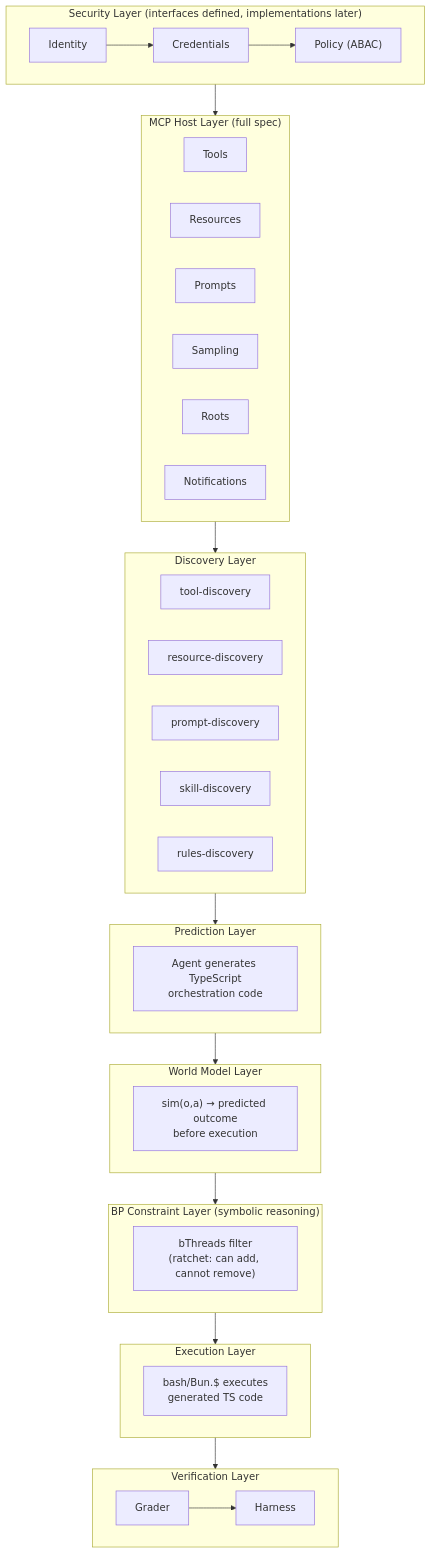
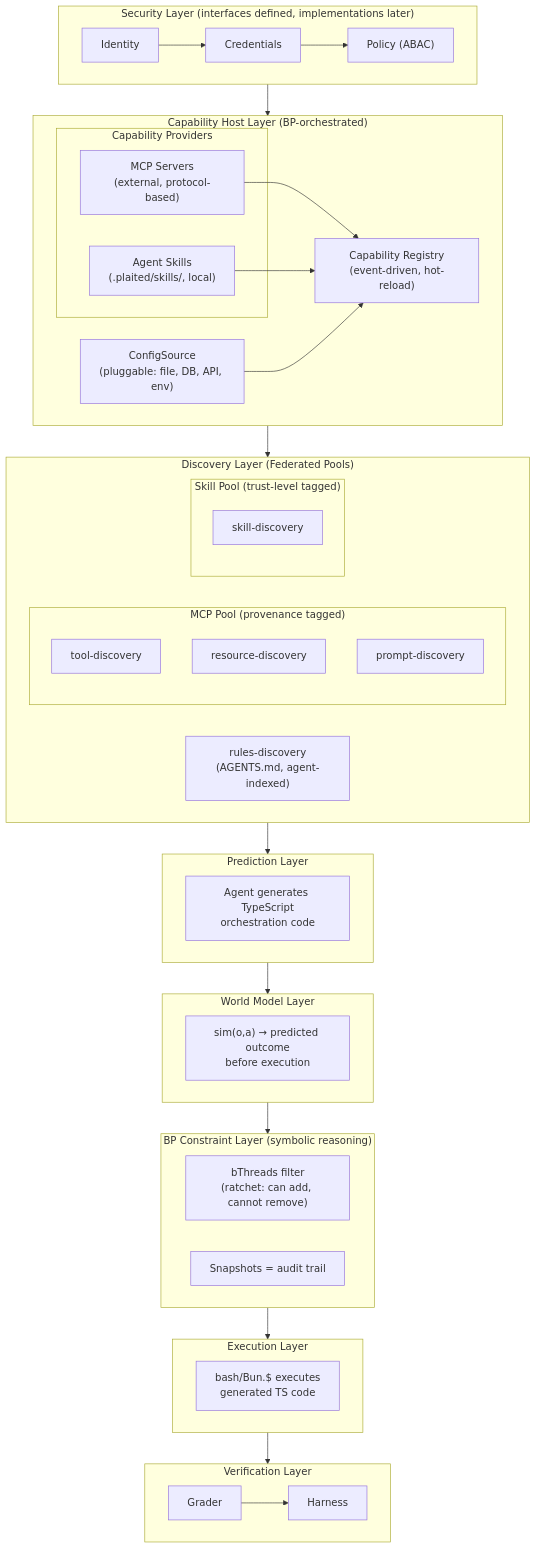
The first of 9 diagrams in PLAITED-AGENT-PLAN.md (plaited/plaited), drawn with Mermaid before and after one commit. The commit also changed other lines of this file, not shown here.

First line of the commit message:
docs(agent): upgrade plan to V7 with Unified Capability Host architecture

````diff
--- a/PLAITED-AGENT-PLAN.md
+++ b/PLAITED-AGENT-PLAN.md
@@ -20,56 +25,63 @@
 ```mermaid
 flowchart TB
     subgraph Security["Security Layer (interfaces defined, implementations later)"]
         Identity["Identity"]
         Credentials["Credentials"]
         Policy["Policy (ABAC)"]
         Identity --> Credentials --> Policy
     end
 
-    subgraph MCPHost["MCP Host Layer (full spec)"]
-        Tools["Tools"]
-        Resources["Resources"]
-        Prompts["Prompts"]
-        Sampling["Sampling"]
-        Roots["Roots"]
-        Notifications["Notifications"]
+    subgraph CapabilityHost["Capability Host Layer (BP-orchestrated)"]
+        subgraph Providers["Capability Providers"]
+            MCPServers["MCP Servers<br/>(external, protocol-based)"]
+            AgentSkills["Agent Skills<br/>(.plaited/skills/, local)"]
+        end
+        CapRegistry["Capability Registry<br/>(event-driven, hot-reload)"]
+        ConfigSource["ConfigSource<br/>(pluggable: file, DB, API, env)"]
+        MCPServers & AgentSkills --> CapRegistry
+        ConfigSource --> CapRegistry
     end
 
-    subgraph Discovery["Discovery Layer"]
-        ToolDisc["tool-discovery"]
-        ResourceDisc["resource-discovery"]
-        PromptDisc["prompt-discovery"]
-        SkillDisc["skill-discovery"]
-        RulesDisc["rules-discovery"]
+    subgraph Discovery["Discovery Layer (Federated Pools)"]
+        subgraph MCPPool["MCP Pool (provenance tagged)"]
+            ToolDisc["tool-discovery"]
+            ResourceDisc["resource-discovery"]
+            PromptDisc["prompt-discovery"]
+        end
+        subgraph SkillPool["Skill Pool (trust-level tagged)"]
+            SkillDisc["skill-discovery"]
+        end
+        RulesDisc["rules-discovery<br/>(AGENTS.md, agent-indexed)"]
     end
 
     subgraph Prediction["Prediction Layer"]
         Agent["Agent generates TypeScript<br/>orchestration code"]
     end
 
     subgraph WorldModel["World Model Layer"]
         Sim["sim(o,a) → predicted outcome<br/>before execution"]
     end
 
     subgraph BP["BP Constraint Layer (symbolic reasoning)"]
         BThreads["bThreads filter<br/>(ratchet: can add, cannot remove)"]
+        Snapshots["Snapshots = audit trail"]
     end
 
     subgraph Execution["Execution Layer"]
         BashExec["bash/Bun.$ executes<br/>generated TS code"]
     end
 
     subgraph Verification["Verification Layer"]
         Grader["Grader"]
         Harness["Harness"]
         Grader --> Harness
     end
 
-    Security --> MCPHost
-    MCPHost --> Discovery
+    Security --> CapabilityHost
+    CapabilityHost --> Discovery
     Discovery --> Prediction
     Prediction --> WorldModel
     WorldModel --> BP
     BP --> Execution
     Execution --> Verification
 ```
````
